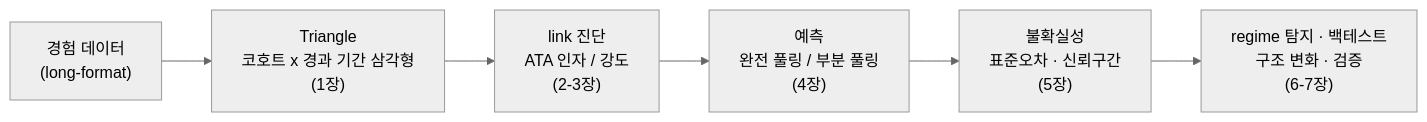
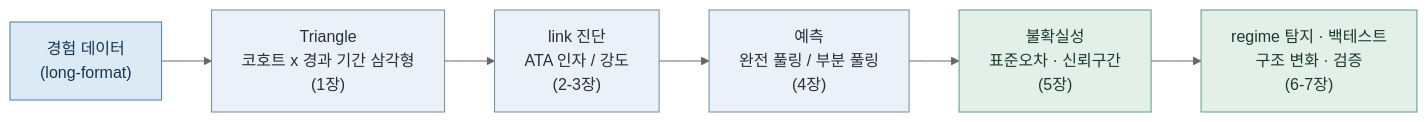
One commit to seokhoonj/lossratio changed the diagram in docs/tutorial/index.md. Above: the diagram before and after it, drawn with Mermaid (neutral theme). The commit also changed 5 other files, not shown here.

First line of the commit message:
docs: high-contrast tutorial flow diagrams (semantic classDef colors) + api.rst mechanism note

````diff
--- a/docs/tutorial/index.md
+++ b/docs/tutorial/index.md
@@ -19,8 +19,15 @@
 ```{mermaid}
 flowchart LR
   A["경험 데이터<br/>(long-format)"] --> B["Triangle<br/>코호트 x 경과 기간 삼각형<br/>(1장)"]
   B --> C["link 진단<br/>ATA 인자 / 강도<br/>(2-3장)"]
   C --> D["예측<br/>완전 풀링 / 부분 풀링<br/>(4장)"]
   D --> E["불확실성<br/>표준오차 · 신뢰구간<br/>(5장)"]
   E --> F["regime 탐지 · 백테스트<br/>구조 변화 · 검증<br/>(6-7장)"]
+  classDef data fill:#dceaf6,stroke:#4a7ba6,color:#16344e
+  classDef estimate fill:#eaf1f8,stroke:#6f8ca3,color:#22313c
+  classDef validate fill:#e3f0e9,stroke:#5a9b86,color:#1c3a2e
+  classDef current fill:#ffe3a0,stroke:#cf9b00,color:#4a3800,stroke-width:2.5px
+  class A data
+  class B,C,D estimate
+  class E,F validate
 ```
````
